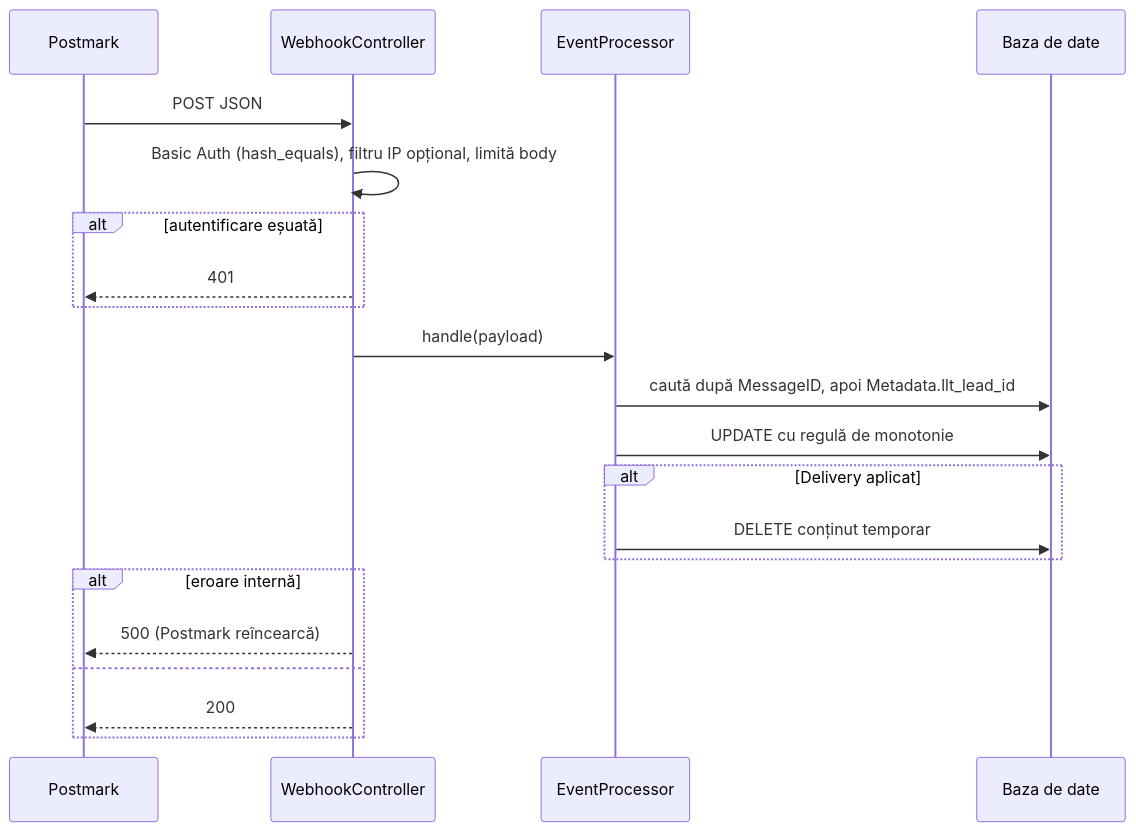
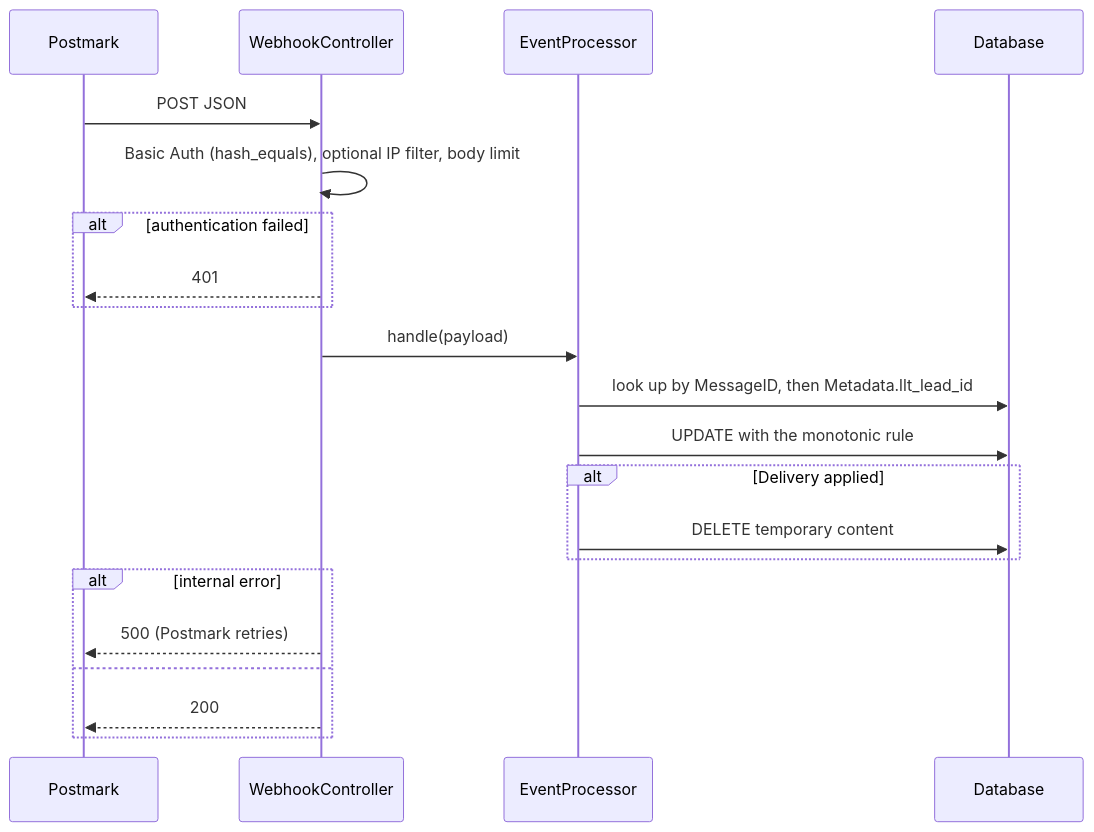
One commit to gzalinski/email-leads-tracker changed the fifth of 6 diagrams in docs/ARCHITECTURE.md. Above: the diagram before and after it, drawn with Mermaid. The commit also changed other lines of this file and 79 other files, not shown here.

````diff
--- a/docs/ARCHITECTURE.md
+++ b/docs/ARCHITECTURE.md
@@ -652,24 +652,24 @@
 ```mermaid
 sequenceDiagram
     participant PM as Postmark
     participant WC as WebhookController
     participant EP as EventProcessor
-    participant DB as Baza de date
+    participant DB as Database
 
     PM->>WC: POST JSON
-    WC->>WC: Basic Auth (hash_equals), filtru IP opțional, limită body
-    alt autentificare eșuată
+    WC->>WC: Basic Auth (hash_equals), optional IP filter, body limit
+    alt authentication failed
         WC-->>PM: 401
     end
     WC->>EP: handle(payload)
-    EP->>DB: caută după MessageID, apoi Metadata.llt_lead_id
-    EP->>DB: UPDATE cu regulă de monotonie
-    alt Delivery aplicat
-        EP->>DB: DELETE conținut temporar
+    EP->>DB: look up by MessageID, then Metadata.llt_lead_id
+    EP->>DB: UPDATE with the monotonic rule
+    alt Delivery applied
+        EP->>DB: DELETE temporary content
     end
-    alt eroare internă
-        WC-->>PM: 500 (Postmark reîncearcă)
+    alt internal error
+        WC-->>PM: 500 (Postmark retries)
     else
         WC-->>PM: 200
     end
 ```
````
